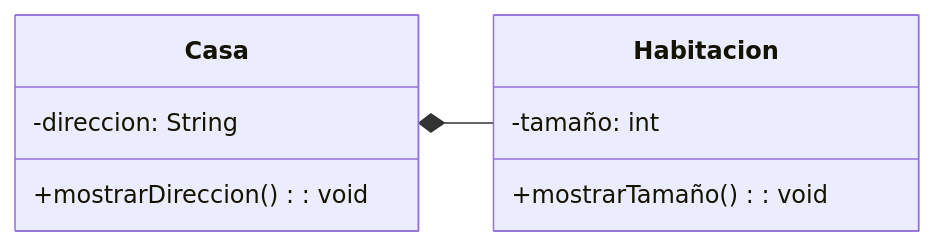
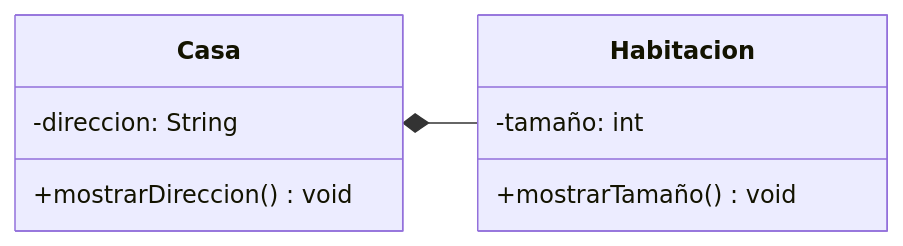
Diagram 13 of 28 in UD4 - Introducción a POO, diagramas UML y diagramas de clases/ud04_2_notacion_uml_diagramas_clases.md (danielmartinan/entornos_desarrollo_2024-25), drawn with Mermaid before and after one commit. The commit also changed other lines of this file and 2 other files, not shown here.

Commit message:
Movido pasos para crear un diagrama de clases a partir de la definición del problema de ud04_3 a ud04_2

````diff
--- a/UD4 - Introducción a POO, diagramas UML y diagramas de clases/ud04_2_notacion_uml_diagramas_clases.md
+++ b/UD4 - Introducción a POO, diagramas UML y diagramas de clases/ud04_2_notacion_uml_diagramas_clases.md
@@ -422,15 +436,15 @@
 ```mermaid
 classDiagram
     direction LR
     class Casa {
         -direccion: String
-        +mostrarDireccion(): void
+        +mostrarDireccion() void
     }
 
     class Habitacion {
         -tamaño: int
-        +mostrarTamaño(): void
+        +mostrarTamaño() void
     }
 
     Casa *-- Habitacion
 ```
````
